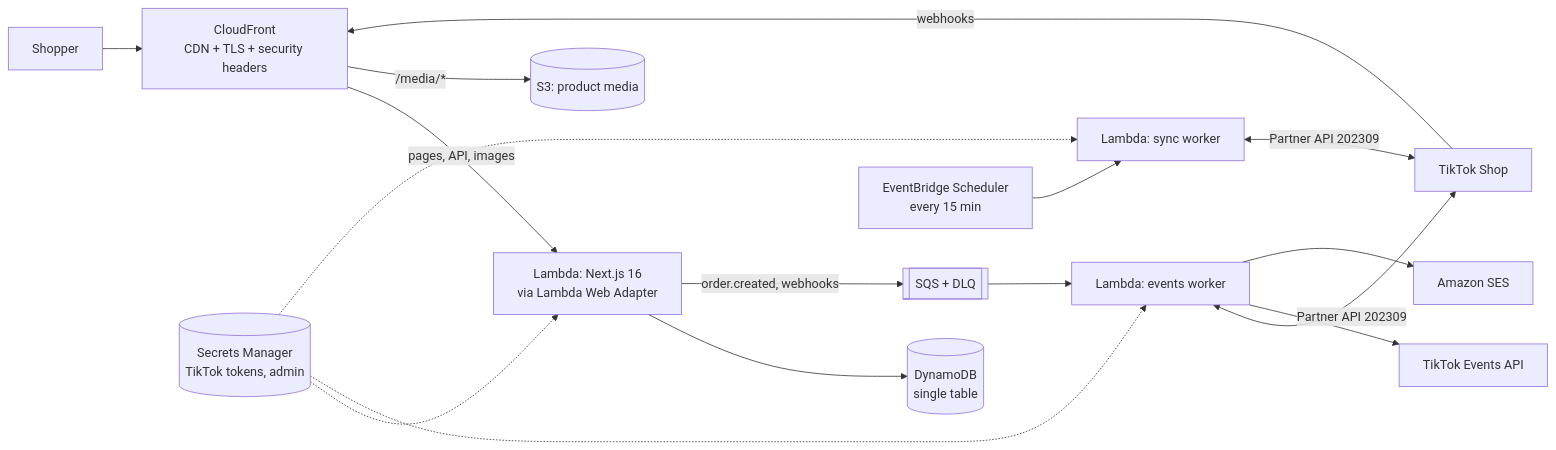
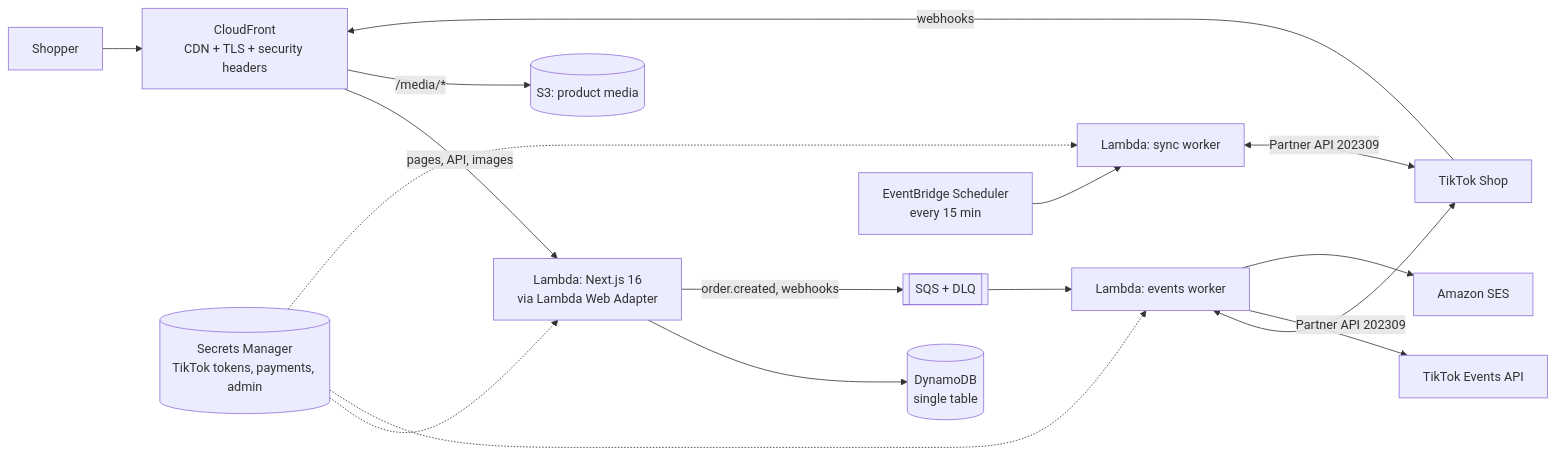
One commit to leduyenminh/AnitoyMall changed the diagram in README.md. Above: the diagram before and after it, drawn with Mermaid. The commit also changed other lines of this file and 266 other files, not shown here.

````diff
--- a/README.md
+++ b/README.md
@@ -18,15 +19,15 @@
 ```mermaid
 flowchart LR
   V[Shopper] --> CF[CloudFront<br/>CDN + TLS + security headers]
   CF -->|pages, API, images| L[Lambda: Next.js 16<br/>via Lambda Web Adapter]
   CF -->|/media/*| S3[(S3: product media)]
   L --> DDB[(DynamoDB<br/>single table)]
   L -->|order.created, webhooks| Q[[SQS + DLQ]]
   Q --> EW[Lambda: events worker]
   SCH[EventBridge Scheduler<br/>every 15 min] --> SW[Lambda: sync worker]
   EW & SW <-->|Partner API 202309| TTS[TikTok Shop]
   EW --> TEA[TikTok Events API]
   EW --> SES[Amazon SES]
   TTS -->|webhooks| CF
-  SM[(Secrets Manager<br/>TikTok tokens, admin)] -.-> L & EW & SW
+  SM[(Secrets Manager<br/>TikTok tokens, payments, admin)] -.-> L & EW & SW
 ```
````
